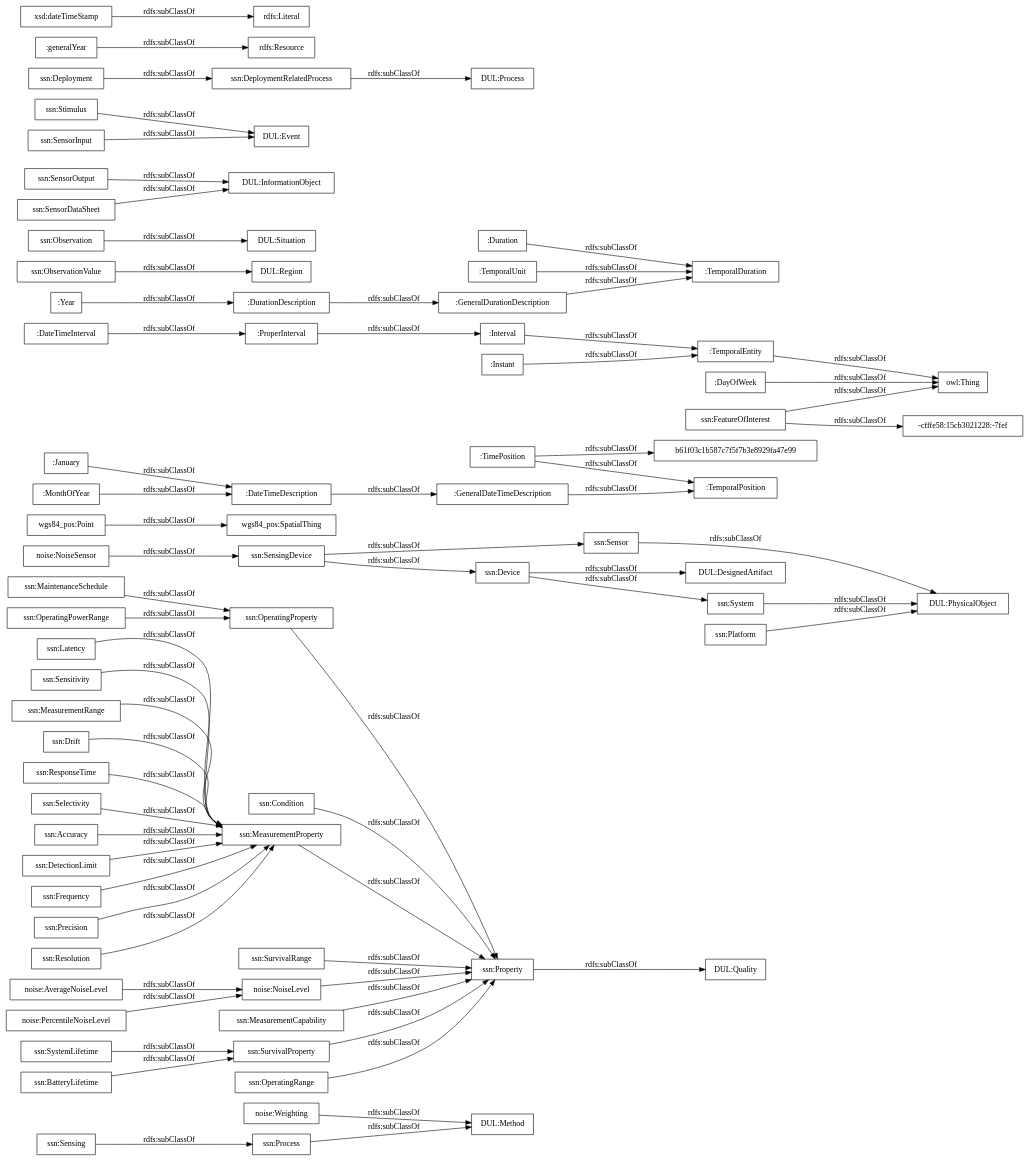
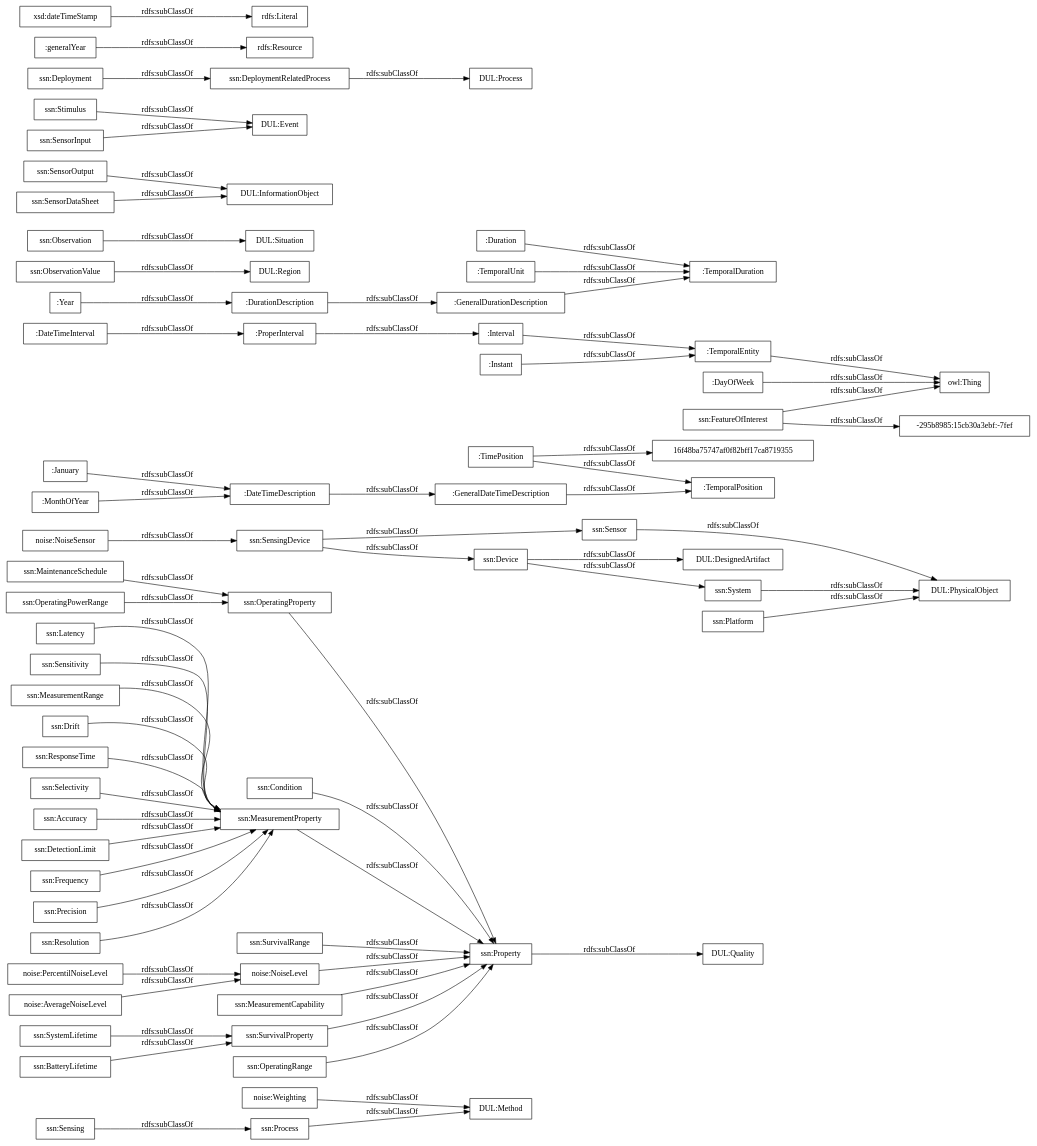
The diagram in OnToology/contaminacion-acustica.owl/diagrams/ar2dtool-taxonomy/contaminacion-acustica.owl.png.dot (paoespinozarias/ContaminacionAcustica-Ontology), drawn with Graphviz before and after one commit. The commit also changed 6 other files, not shown here.

```diff
--- a/OnToology/contaminacion-acustica.owl/diagrams/ar2dtool-taxonomy/contaminacion-acustica.owl.png.dot
+++ b/OnToology/contaminacion-acustica.owl/diagrams/ar2dtool-taxonomy/contaminacion-acustica.owl.png.dot
@@ -1,73 +1,72 @@
 digraph ar2dtool_diagram { 
 rankdir=LR;
 size="1000"
-node [shape = rectangle, color="black"]; "noise:Weighting" "noise:AverageNoiseLevel" "noise:NoiseSensor" "noise:NoiseLevel" "wgs84_pos:SpatialThing" "noise:PercentileNoiseLevel" "wgs84_pos:Point" "b61f03c1b587c7f5f7b3e8929fa47e99" ":GeneralDateTimeDescription" ":DateTimeInterval" ":DurationDescription" ":TemporalDuration" ":Duration" ":GeneralDurationDescription" ":January" ":ProperInterval" ":TimePosition" ":TemporalPosition" ":Interval" ":TemporalEntity" ":Year" ":MonthOfYear" ":DateTimeDescription" ":TemporalUnit" ":Instant" ":DayOfWeek" "ssn:Accuracy" "ssn:DetectionLimit" "ssn:Frequency" "ssn:Condition" "DUL:Region" "DUL:Situation" "DUL:PhysicalObject" "ssn:SensorOutput" "ssn:Precision" "ssn:Resolution" "DUL:Quality" "ssn:FeatureOfInterest" "ssn:Sensor" "DUL:InformationObject" "ssn:OperatingProperty" "DUL:Event" "ssn:OperatingPowerRange" "DUL:Method" "ssn:MaintenanceSchedule" "ssn:Sensing" "ssn:Latency" "-cfffe58:15cb3021228:-7fef" "ssn:SurvivalRange" "ssn:SensingDevice" "DUL:DesignedArtifact" "ssn:Sensitivity" "ssn:Stimulus" "DUL:Process" "ssn:MeasurementRange" "ssn:System" "ssn:SystemLifetime" "ssn:Property" "ssn:MeasurementProperty" "ssn:Process" "ssn:Deployment" "ssn:MeasurementCapability" "ssn:BatteryLifetime" "ssn:Drift" "ssn:DeploymentRelatedProcess" "ssn:SensorInput" "ssn:ResponseTime" "ssn:ObservationValue" "ssn:SensorDataSheet" "ssn:Observation" "ssn:Selectivity" "ssn:SurvivalProperty" "ssn:Device" "ssn:OperatingRange" "ssn:Platform" ; /*classes style*/
+node [shape = rectangle, color="black"]; "noise:Weighting" "noise:PercentilNoiseLevel" "noise:NoiseSensor" "noise:NoiseLevel" "noise:AverageNoiseLevel" ":GeneralDateTimeDescription" ":DateTimeInterval" ":DurationDescription" ":TemporalDuration" ":Duration" ":GeneralDurationDescription" ":January" ":ProperInterval" ":TimePosition" ":TemporalPosition" ":Interval" ":TemporalEntity" "16f48ba75747af0f82bff17ca8719355" ":Year" ":MonthOfYear" ":DateTimeDescription" ":TemporalUnit" ":Instant" ":DayOfWeek" "ssn:Accuracy" "ssn:DetectionLimit" "ssn:Frequency" "ssn:Condition" "DUL:Region" "DUL:Situation" "DUL:PhysicalObject" "ssn:SensorOutput" "ssn:Precision" "ssn:Resolution" "DUL:Quality" "ssn:FeatureOfInterest" "ssn:Sensor" "DUL:InformationObject" "ssn:OperatingProperty" "DUL:Event" "ssn:OperatingPowerRange" "DUL:Method" "ssn:MaintenanceSchedule" "ssn:Sensing" "ssn:Latency" "ssn:SurvivalRange" "ssn:SensingDevice" "DUL:DesignedArtifact" "ssn:Sensitivity" "ssn:Stimulus" "-295b8985:15cb30a3ebf:-7fef" "DUL:Process" "ssn:MeasurementRange" "ssn:System" "ssn:SystemLifetime" "ssn:Property" "ssn:MeasurementProperty" "ssn:Process" "ssn:Deployment" "ssn:MeasurementCapability" "ssn:BatteryLifetime" "ssn:Drift" "ssn:DeploymentRelatedProcess" "ssn:SensorInput" "ssn:ResponseTime" "ssn:ObservationValue" "ssn:SensorDataSheet" "ssn:Observation" "ssn:Selectivity" "ssn:SurvivalProperty" "ssn:Device" "ssn:OperatingRange" "ssn:Platform" ; /*classes style*/
 	":DateTimeDescription" -> ":GeneralDateTimeDescription" [ label = "rdfs:subClassOf" ];
 	"noise:AverageNoiseLevel" -> "noise:NoiseLevel" [ label = "rdfs:subClassOf" ];
 	"ssn:Deployment" -> "ssn:DeploymentRelatedProcess" [ label = "rdfs:subClassOf" ];
 	"ssn:SensingDevice" -> "ssn:Sensor" [ label = "rdfs:subClassOf" ];
 	"ssn:SensingDevice" -> "ssn:Device" [ label = "rdfs:subClassOf" ];
 	"ssn:DeploymentRelatedProcess" -> "DUL:Process" [ label = "rdfs:subClassOf" ];
 	"ssn:Accuracy" -> "ssn:MeasurementProperty" [ label = "rdfs:subClassOf" ];
 	":Instant" -> ":TemporalEntity" [ label = "rdfs:subClassOf" ];
 	"ssn:FeatureOfInterest" -> "owl:Thing" [ label = "rdfs:subClassOf" ];
-	"ssn:FeatureOfInterest" -> "-cfffe58:15cb3021228:-7fef" [ label = "rdfs:subClassOf" ];
+	"ssn:FeatureOfInterest" -> "-295b8985:15cb30a3ebf:-7fef" [ label = "rdfs:subClassOf" ];
 	"ssn:Latency" -> "ssn:MeasurementProperty" [ label = "rdfs:subClassOf" ];
 	"ssn:Process" -> "DUL:Method" [ label = "rdfs:subClassOf" ];
 	"noise:Weighting" -> "DUL:Method" [ label = "rdfs:subClassOf" ];
 	":ProperInterval" -> ":Interval" [ label = "rdfs:subClassOf" ];
 	"ssn:Property" -> "DUL:Quality" [ label = "rdfs:subClassOf" ];
 	"ssn:MeasurementProperty" -> "ssn:Property" [ label = "rdfs:subClassOf" ];
-	"wgs84_pos:Point" -> "wgs84_pos:SpatialThing" [ label = "rdfs:subClassOf" ];
 	":MonthOfYear" -> ":DateTimeDescription" [ label = "rdfs:subClassOf" ];
 	"ssn:ResponseTime" -> "ssn:MeasurementProperty" [ label = "rdfs:subClassOf" ];
 	"ssn:OperatingRange" -> "ssn:Property" [ label = "rdfs:subClassOf" ];
 	"noise:NoiseLevel" -> "ssn:Property" [ label = "rdfs:subClassOf" ];
 	"ssn:MeasurementRange" -> "ssn:MeasurementProperty" [ label = "rdfs:subClassOf" ];
 	"ssn:Stimulus" -> "DUL:Event" [ label = "rdfs:subClassOf" ];
 	":Duration" -> ":TemporalDuration" [ label = "rdfs:subClassOf" ];
 	"ssn:SurvivalProperty" -> "ssn:Property" [ label = "rdfs:subClassOf" ];
 	"ssn:MaintenanceSchedule" -> "ssn:OperatingProperty" [ label = "rdfs:subClassOf" ];
 	"ssn:SensorInput" -> "DUL:Event" [ label = "rdfs:subClassOf" ];
-	":TimePosition" -> "b61f03c1b587c7f5f7b3e8929fa47e99" [ label = "rdfs:subClassOf" ];
+	":TimePosition" -> "16f48ba75747af0f82bff17ca8719355" [ label = "rdfs:subClassOf" ];
 	":TimePosition" -> ":TemporalPosition" [ label = "rdfs:subClassOf" ];
 	":TemporalEntity" -> "owl:Thing" [ label = "rdfs:subClassOf" ];
 	"ssn:Sensitivity" -> "ssn:MeasurementProperty" [ label = "rdfs:subClassOf" ];
 	"ssn:Drift" -> "ssn:MeasurementProperty" [ label = "rdfs:subClassOf" ];
 	"ssn:System" -> "DUL:PhysicalObject" [ label = "rdfs:subClassOf" ];
 	":GeneralDurationDescription" -> ":TemporalDuration" [ label = "rdfs:subClassOf" ];
 	"ssn:Resolution" -> "ssn:MeasurementProperty" [ label = "rdfs:subClassOf" ];
 	"ssn:Precision" -> "ssn:MeasurementProperty" [ label = "rdfs:subClassOf" ];
+	"noise:PercentilNoiseLevel" -> "noise:NoiseLevel" [ label = "rdfs:subClassOf" ];
 	"ssn:DetectionLimit" -> "ssn:MeasurementProperty" [ label = "rdfs:subClassOf" ];
 	":DateTimeInterval" -> ":ProperInterval" [ label = "rdfs:subClassOf" ];
 	"ssn:Sensor" -> "DUL:PhysicalObject" [ label = "rdfs:subClassOf" ];
 	"ssn:SensorDataSheet" -> "DUL:InformationObject" [ label = "rdfs:subClassOf" ];
 	"ssn:OperatingPowerRange" -> "ssn:OperatingProperty" [ label = "rdfs:subClassOf" ];
 	"noise:NoiseSensor" -> "ssn:SensingDevice" [ label = "rdfs:subClassOf" ];
 	":Interval" -> ":TemporalEntity" [ label = "rdfs:subClassOf" ];
 	":GeneralDateTimeDescription" -> ":TemporalPosition" [ label = "rdfs:subClassOf" ];
 	":January" -> ":DateTimeDescription" [ label = "rdfs:subClassOf" ];
-	"noise:PercentileNoiseLevel" -> "noise:NoiseLevel" [ label = "rdfs:subClassOf" ];
 	"ssn:ObservationValue" -> "DUL:Region" [ label = "rdfs:subClassOf" ];
 	":DayOfWeek" -> "owl:Thing" [ label = "rdfs:subClassOf" ];
 	"ssn:Device" -> "DUL:DesignedArtifact" [ label = "rdfs:subClassOf" ];
 	"ssn:Device" -> "ssn:System" [ label = "rdfs:subClassOf" ];
 	"ssn:Platform" -> "DUL:PhysicalObject" [ label = "rdfs:subClassOf" ];
 	":Year" -> ":DurationDescription" [ label = "rdfs:subClassOf" ];
 	":DurationDescription" -> ":GeneralDurationDescription" [ label = "rdfs:subClassOf" ];
 	"ssn:OperatingProperty" -> "ssn:Property" [ label = "rdfs:subClassOf" ];
 	":generalYear" -> "rdfs:Resource" [ label = "rdfs:subClassOf" ];
 	"ssn:Selectivity" -> "ssn:MeasurementProperty" [ label = "rdfs:subClassOf" ];
 	"ssn:BatteryLifetime" -> "ssn:SurvivalProperty" [ label = "rdfs:subClassOf" ];
 	":TemporalUnit" -> ":TemporalDuration" [ label = "rdfs:subClassOf" ];
 	"ssn:Observation" -> "DUL:Situation" [ label = "rdfs:subClassOf" ];
 	"ssn:Sensing" -> "ssn:Process" [ label = "rdfs:subClassOf" ];
 	"ssn:SystemLifetime" -> "ssn:SurvivalProperty" [ label = "rdfs:subClassOf" ];
 	"ssn:SurvivalRange" -> "ssn:Property" [ label = "rdfs:subClassOf" ];
 	"ssn:Frequency" -> "ssn:MeasurementProperty" [ label = "rdfs:subClassOf" ];
 	"ssn:SensorOutput" -> "DUL:InformationObject" [ label = "rdfs:subClassOf" ];
 	"ssn:Condition" -> "ssn:Property" [ label = "rdfs:subClassOf" ];
 	"xsd:dateTimeStamp" -> "rdfs:Literal" [ label = "rdfs:subClassOf" ];
 	"ssn:MeasurementCapability" -> "ssn:Property" [ label = "rdfs:subClassOf" ];
 
 }
```
